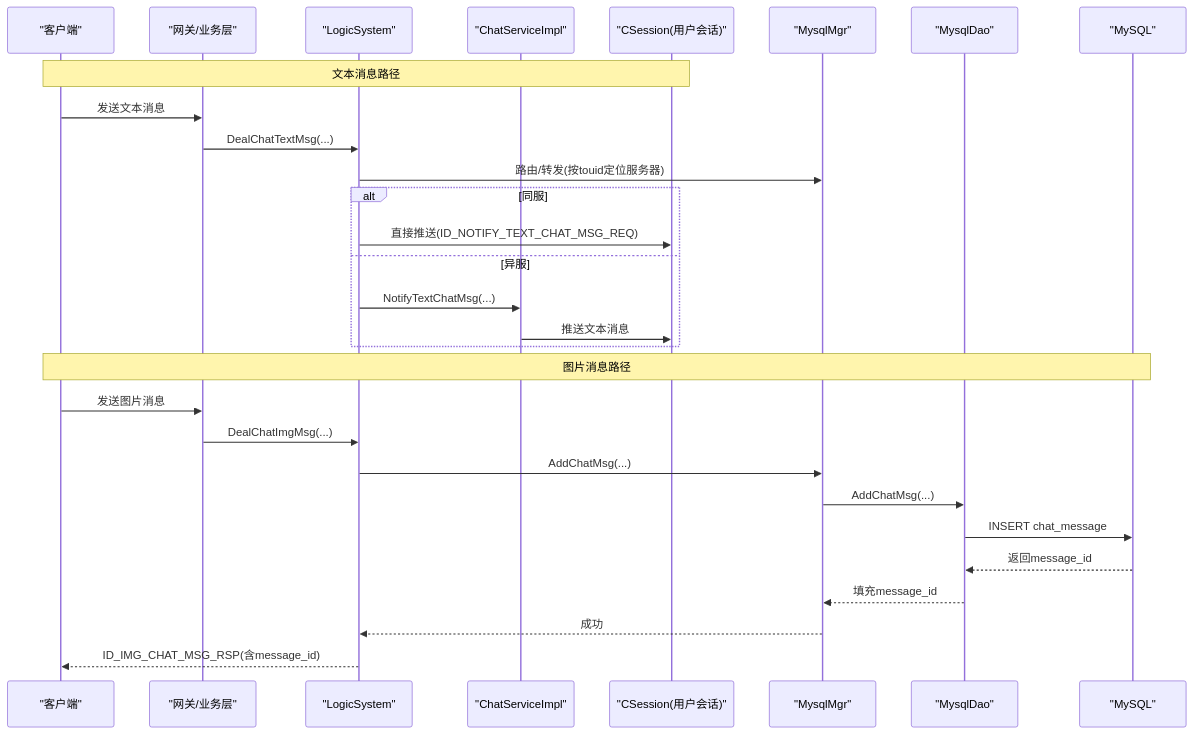
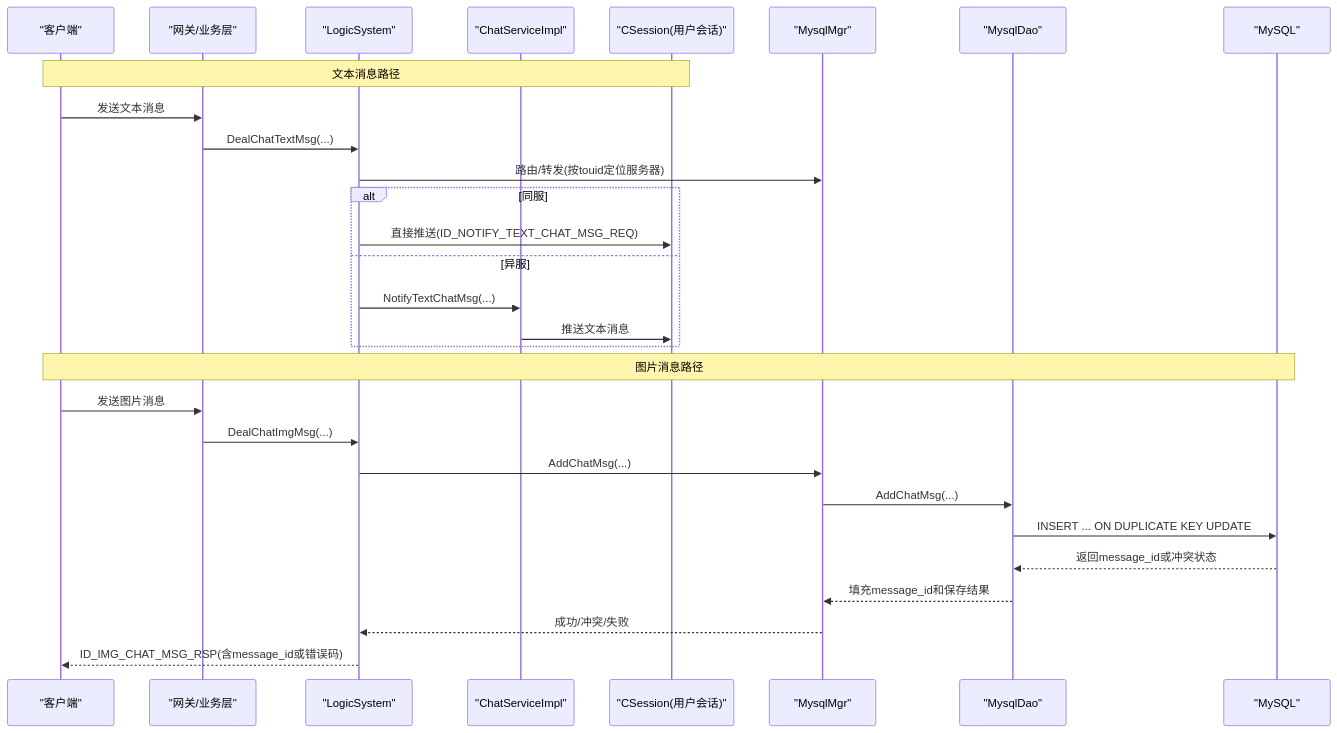
One commit to echo9923/mychatter changed the second of 9 diagrams in .qoder/repowiki/zh/content/服务端开发/ChatServer聊天核心服务/业务逻辑系统/聊天消息处理.md. Above: the diagram before and after it, drawn with Mermaid. The commit also changed other lines of this file and 54 other files, not shown here.

````diff
--- a/.qoder/repowiki/zh/content/服务端开发/ChatServer聊天核心服务/业务逻辑系统/聊天消息处理.md
+++ b/.qoder/repowiki/zh/content/服务端开发/ChatServer聊天核心服务/业务逻辑系统/聊天消息处理.md
@@ -101,31 +111,31 @@
 ```mermaid
 sequenceDiagram
 participant Client as "客户端"
 participant Gate as "网关/业务层"
 participant Logic as "LogicSystem"
 participant GRPC as "ChatServiceImpl"
 participant Session as "CSession(用户会话)"
 participant Mgr as "MysqlMgr"
 participant Dao as "MysqlDao"
 participant DB as "MySQL"
 Note over Client,Session : 文本消息路径
 Client->>Gate : 发送文本消息
 Gate->>Logic : DealChatTextMsg(...)
 Logic->>Mgr : 路由/转发(按touid定位服务器)
 alt 同服
 Logic->>Session : 直接推送(ID_NOTIFY_TEXT_CHAT_MSG_REQ)
 else 异服
 Logic->>GRPC : NotifyTextChatMsg(...)
 GRPC->>Session : 推送文本消息
 end
 Note over Client,DB : 图片消息路径
 Client->>Gate : 发送图片消息
 Gate->>Logic : DealChatImgMsg(...)
 Logic->>Mgr : AddChatMsg(...)
 Mgr->>Dao : AddChatMsg(...)
-Dao->>DB : INSERT chat_message
-DB-->>Dao : 返回message_id
-Dao-->>Mgr : 填充message_id
-Mgr-->>Logic : 成功
-Logic-->>Client : ID_IMG_CHAT_MSG_RSP(含message_id)
+Dao->>DB : INSERT ... ON DUPLICATE KEY UPDATE
+DB-->>Dao : 返回message_id或冲突状态
+Dao-->>Mgr : 填充message_id和保存结果
+Mgr-->>Logic : 成功/冲突/失败
+Logic-->>Client : ID_IMG_CHAT_MSG_RSP(含message_id或错误码)
 ```
````
